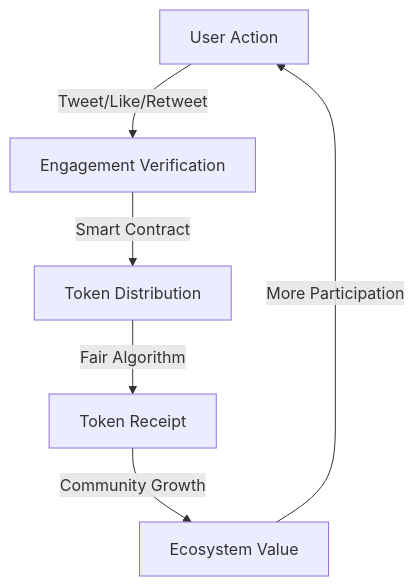
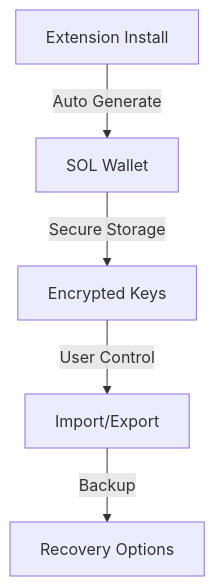
The diagram in docs/fair-launch.md (MEMEFANS/memefans), drawn with Mermaid before and after one commit. The commit also changed other lines of this file and 14 other files, not shown here.

````diff
--- a/docs/fair-launch.md
+++ b/docs/fair-launch.md
@@ -28,8 +28,7 @@
    ```mermaid
    graph TD
-       A[User Action] -->|Tweet/Like/Retweet| B[Engagement Verification]
-       B -->|Smart Contract| C[Token Distribution]
-       C -->|Fair Algorithm| D[Token Receipt]
-       D -->|Community Growth| E[Ecosystem Value]
-       E -->|More Participation| A
+       A[Extension Install] -->|Auto Generate| B[SOL Wallet]
+       B -->|Secure Storage| C[Encrypted Keys]
+       C -->|User Control| D[Import/Export]
+       D -->|Backup| E[Recovery Options]
    ```
````
